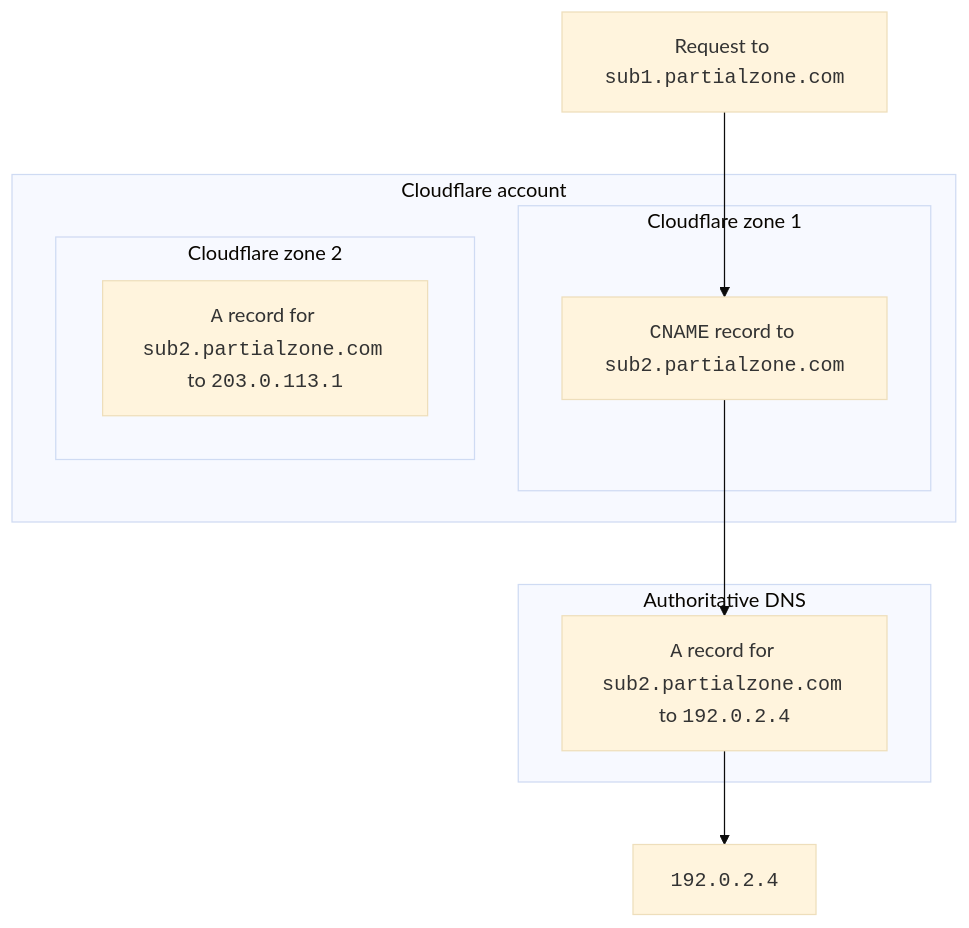
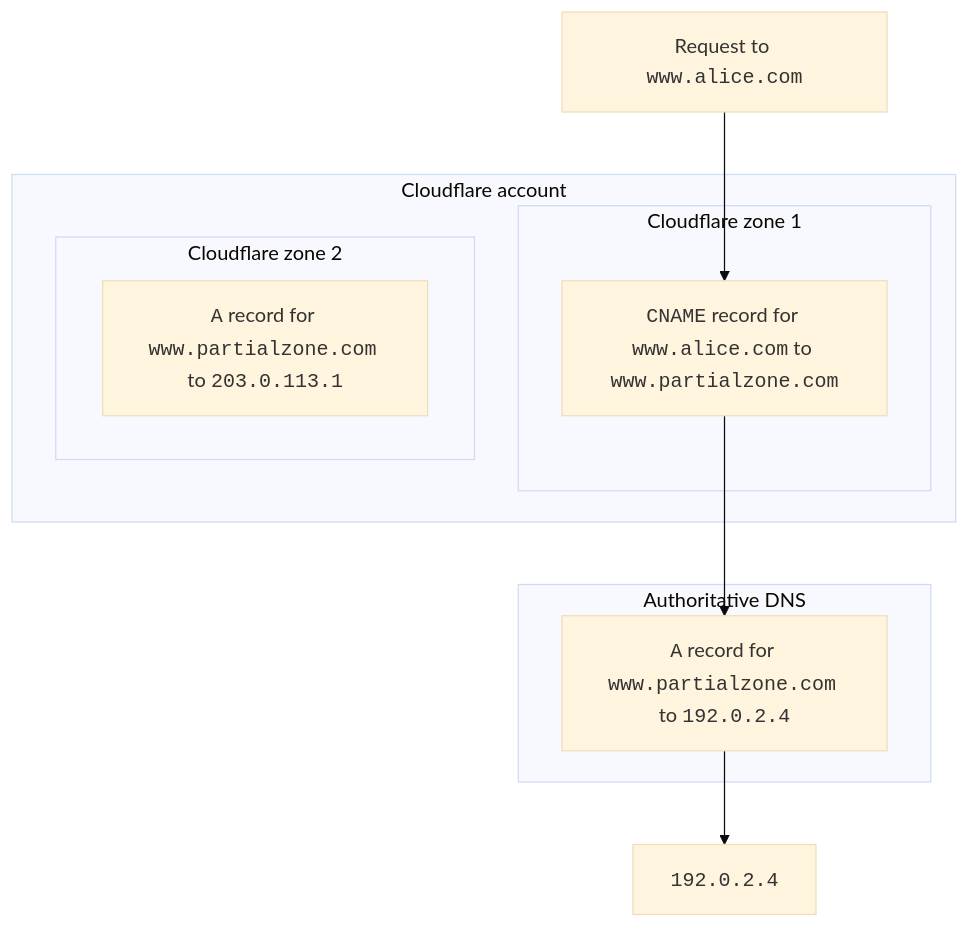
The third of 3 diagrams in content/dns/zone-setups/partial-setup/dns-resolution.md (cloudflare/cloudflare-docs), drawn with Mermaid (base theme) before and after one commit. The commit also changed other lines of this file, not shown here.

```diff
--- a/content/dns/zone-setups/partial-setup/dns-resolution.md
+++ b/content/dns/zone-setups/partial-setup/dns-resolution.md
@@ -66,18 +66,18 @@
 <div class="mermaid">
     flowchart TD
       accTitle: DNS resolution flow with CNAME target in a zone within the same account
-      A[Request to <code>sub1.partialzone.com</code>] --> B[<code>CNAME</code> record to <code>sub2.partialzone.com</code>]
-      B --> C[<code>A</code> record for <code>sub2.partialzone.com</code> to <code>192.0.2.4</code>]
+      A[Request to <code>www.alice.com</code>] --> B[<code>CNAME</code> record for <code>www.alice.com</code> to <code>www.partialzone.com</code>]
+      B --> C[<code>A</code> record for <code>www.partialzone.com</code> to <code>192.0.2.4</code>]
       C --> D[<code>192.0.2.4</code>]
       subgraph Cloudflare account
         subgraph Cloudflare zone 1
           B
         end
         subgraph Cloudflare zone 2
-        E[<code>A</code> record for <code>sub2.partialzone.com</code> to <code>203.0.113.1</code>]
+        E[<code>A</code> record for <code>www.partialzone.com</code> to <code>203.0.113.1</code>]
         end
       end
       subgraph Authoritative DNS
       C
       end
 </div>
```
